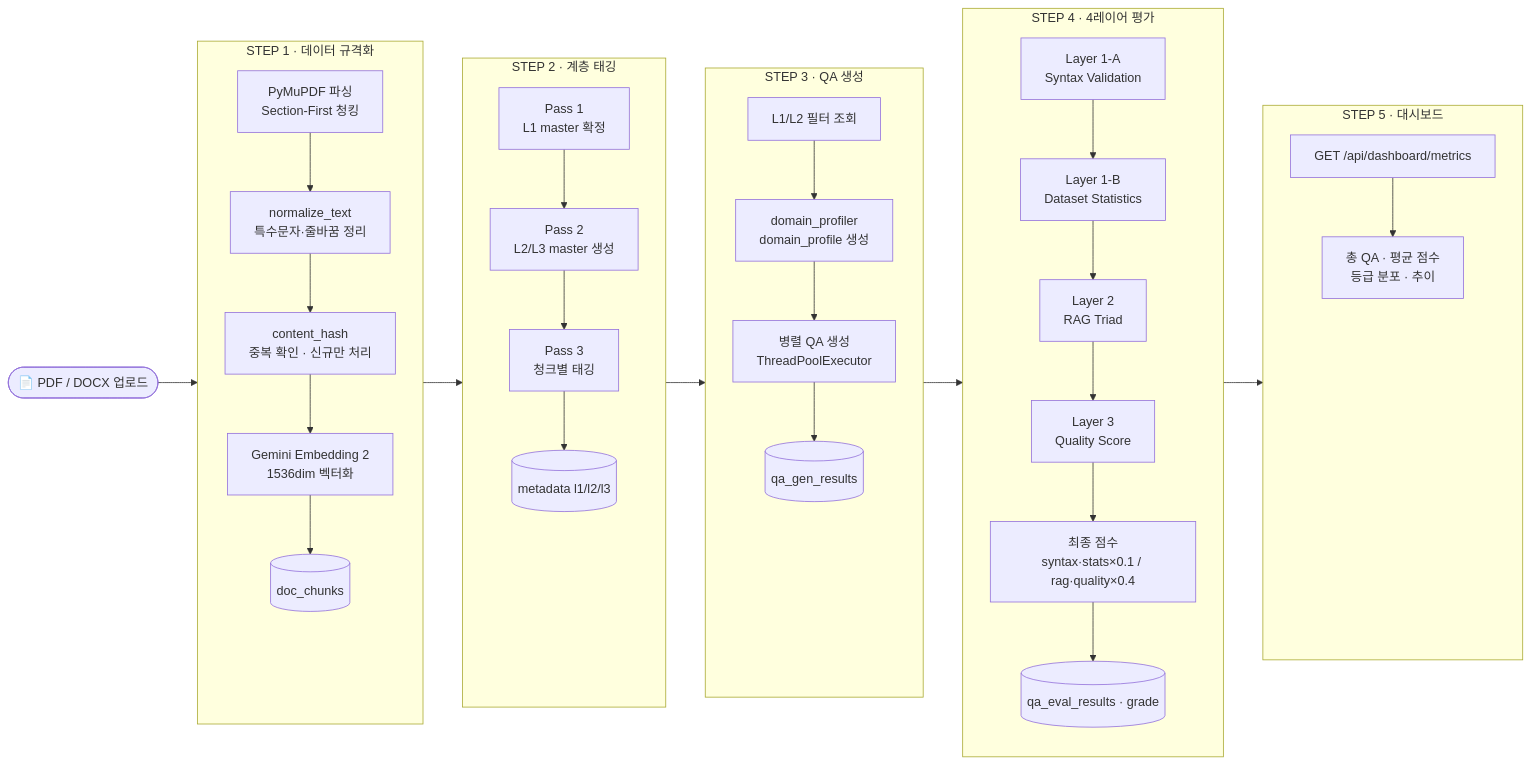
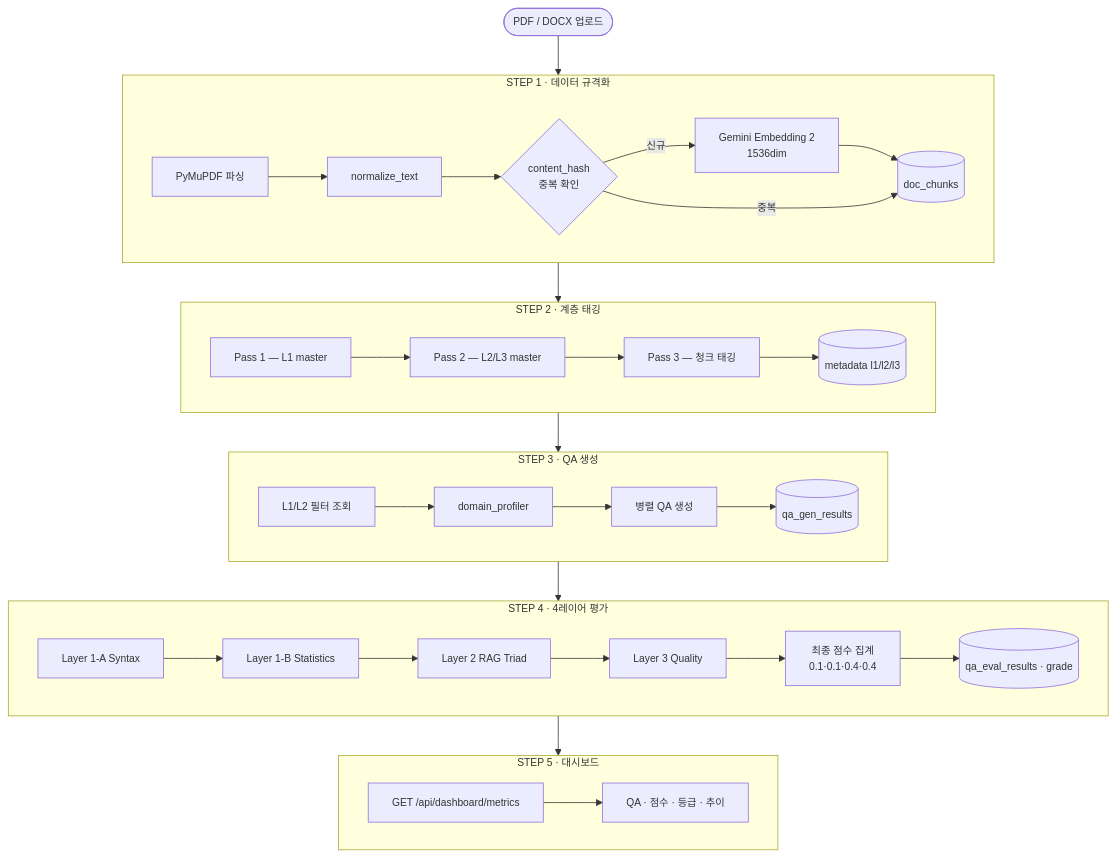
Before and after one commit to jpjp92/autoeval: the diagram in README.md, drawn with Mermaid.

Commit message:
fix: 플로우차트 방향 및 레이블 개선

````diff
--- a/README.md
+++ b/README.md
@@ -24,71 +24,49 @@
 ```mermaid
-flowchart LR
-    UP([📄 PDF / DOCX 업로드])
+%%{init: {"theme": "default", "themeVariables": {"fontSize": "13px", "rankSpacing": 35, "nodeSpacing": 25}}}%%
+flowchart TD
+    UP([PDF / DOCX 업로드])
 
     subgraph S1["STEP 1 · 데이터 규격화"]
-        direction TB
-        A1[PyMuPDF 파싱\nSection-First 청킹]
-        A2[normalize_text\n특수문자·줄바꿈 정리]
-        A3[content_hash\n중복 확인 · 신규만 처리]
-        A4[Gemini Embedding 2\n1536dim 벡터화]
+        A1[PyMuPDF 파싱]
+        A2[normalize_text]
+        A3{content_hash\n중복 확인}
+        A4[Gemini Embedding 2\n1536dim]
         A5[(doc_chunks)]
-        A6[ ]
-        A1 --> A2 --> A3 --> A4 --> A5 ~~~ A6
+        A1 --> A2 --> A3 --신규--> A4 --> A5
+        A3 --중복--> A5
     end
 
     subgraph S2["STEP 2 · 계층 태깅"]
-        direction TB
-        B1[Pass 1\nL1 master 확정]
-        B2[Pass 2\nL2/L3 master 생성]
-        B3[Pass 3\n청크별 태깅]
+        B1[Pass 1 — L1 master]
+        B2[Pass 2 — L2/L3 master]
+        B3[Pass 3 — 청크 태깅]
         B4[(metadata l1/l2/l3)]
-        B5[ ]
-        B6[ ]
-        B1 --> B2 --> B3 --> B4 ~~~ B5 ~~~ B6
+        B1 --> B2 --> B3 --> B4
     end
 
     subgraph S3["STEP 3 · QA 생성"]
-        direction TB
         C1[L1/L2 필터 조회]
-        C2[domain_profiler\ndomain_profile 생성]
-        C3[병렬 QA 생성\nThreadPoolExecutor]
+        C2[domain_profiler]
+        C3[병렬 QA 생성]
         C4[(qa_gen_results)]
-        C5[ ]
-        C6[ ]
-        C1 --> C2 --> C3 --> C4 ~~~ C5 ~~~ C6
+        C1 --> C2 --> C3 --> C4
     end
 
     subgraph S4["STEP 4 · 4레이어 평가"]
-        direction TB
-        D1[Layer 1-A\nSyntax Validation]
-        D2[Layer 1-B\nDataset Statistics]
-        D3[Layer 2\nRAG Triad]
-        D4[Layer 3\nQuality Score]
-        D5[최종 점수\nsyntax·stats×0.1 / rag·quality×0.4]
+        D1[Layer 1-A Syntax]
+        D2[Layer 1-B Statistics]
+        D3[Layer 2 RAG Triad]
+        D4[Layer 3 Quality]
+        D5[최종 점수 집계\n0.1·0.1·0.4·0.4]
         D6[(qa_eval_results · grade)]
         D1 --> D2 --> D3 --> D4 --> D5 --> D6
     end
 
     subgraph S5["STEP 5 · 대시보드"]
-        direction TB
         E1[GET /api/dashboard/metrics]
-        E2[총 QA · 평균 점수\n등급 분포 · 추이]
-        E3[ ]
-        E4[ ]
-        E5[ ]
-        E6[ ]
-        E1 --> E2 ~~~ E3 ~~~ E4 ~~~ E5 ~~~ E6
+        E2[QA · 점수 · 등급 · 추이]
+        E1 --> E2
     end
 
     UP --> S1 --> S2 --> S3 --> S4 --> S5
-
-    style A6 fill:none,stroke:none,color:transparent
-    style B5 fill:none,stroke:none,color:transparent
-    style B6 fill:none,stroke:none,color:transparent
-    style C5 fill:none,stroke:none,color:transparent
-    style C6 fill:none,stroke:none,color:transparent
-    style E3 fill:none,stroke:none,color:transparent
-    style E4 fill:none,stroke:none,color:transparent
-    style E5 fill:none,stroke:none,color:transparent
-    style E6 fill:none,stroke:none,color:transparent
 ```
````
